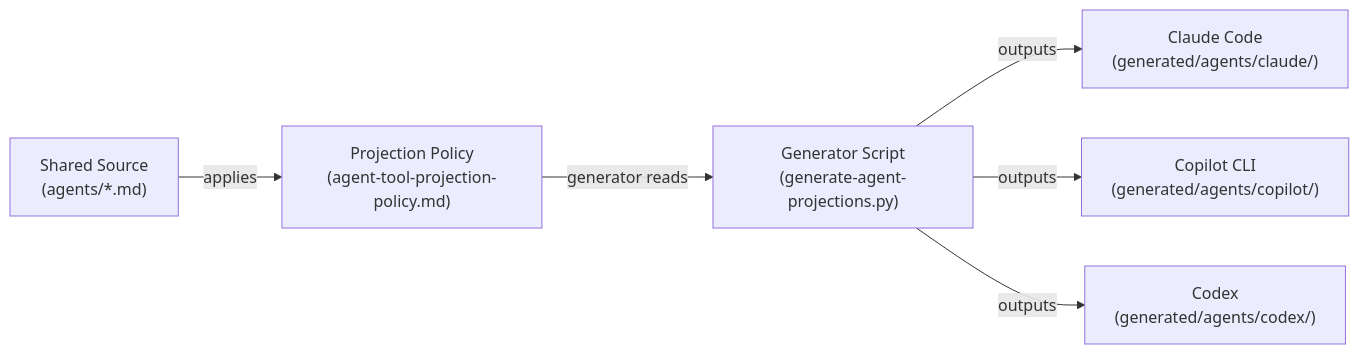
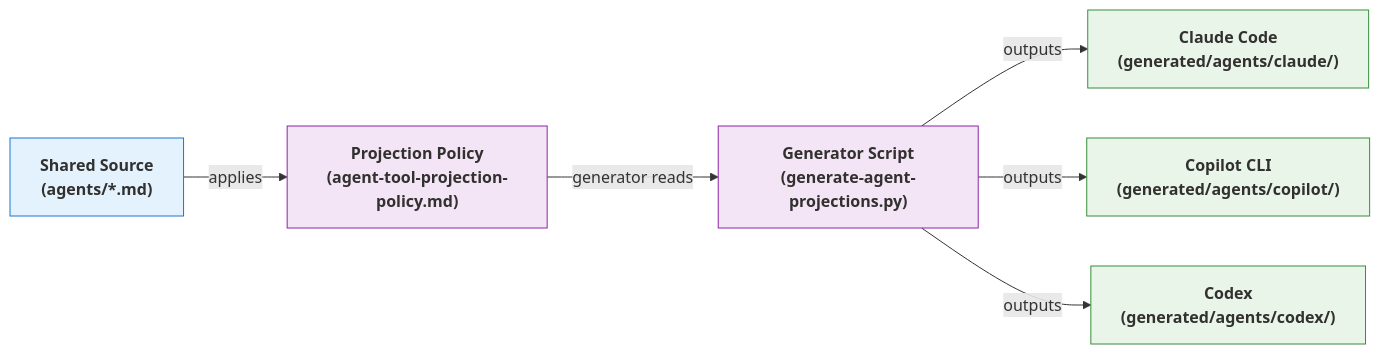
One commit to russell-laing/al-dev-shared changed the first of 6 diagrams in docs/projection-layer-readme.md. Above: the diagram before and after it, drawn with Mermaid. The commit also changed other lines of this file, not shown here.

First line of the commit message:
docs: standardize mermaid diagram color palette

````diff
--- a/docs/projection-layer-readme.md
+++ b/docs/projection-layer-readme.md
@@ -27,8 +27,19 @@
 ```mermaid
 graph LR
     A["Shared Source<br/>(agents/*.md)"] -->|applies| B["Projection Policy<br/>(agent-tool-projection-policy.md)"]
     B -->|generator reads| C["Generator Script<br/>(generate-agent-projections.py)"]
     C -->|outputs| D["Claude Code<br/>(generated/agents/claude/)"]
     C -->|outputs| E["Copilot CLI<br/>(generated/agents/copilot/)"]
     C -->|outputs| F["Codex<br/>(generated/agents/codex/)"]
+
+    classDef input fill:#e3f2fd,stroke:#1976d2,color:#323130,font-weight:bold
+    classDef process fill:#f3e5f5,stroke:#8e24aa,color:#323130,font-weight:bold
+    classDef output fill:#e8f5e8,stroke:#388e3c,color:#323130,font-weight:bold
+
+    class A input
+    class B process
+    class C process
+    class D output
+    class E output
+    class F output
 ```
````
